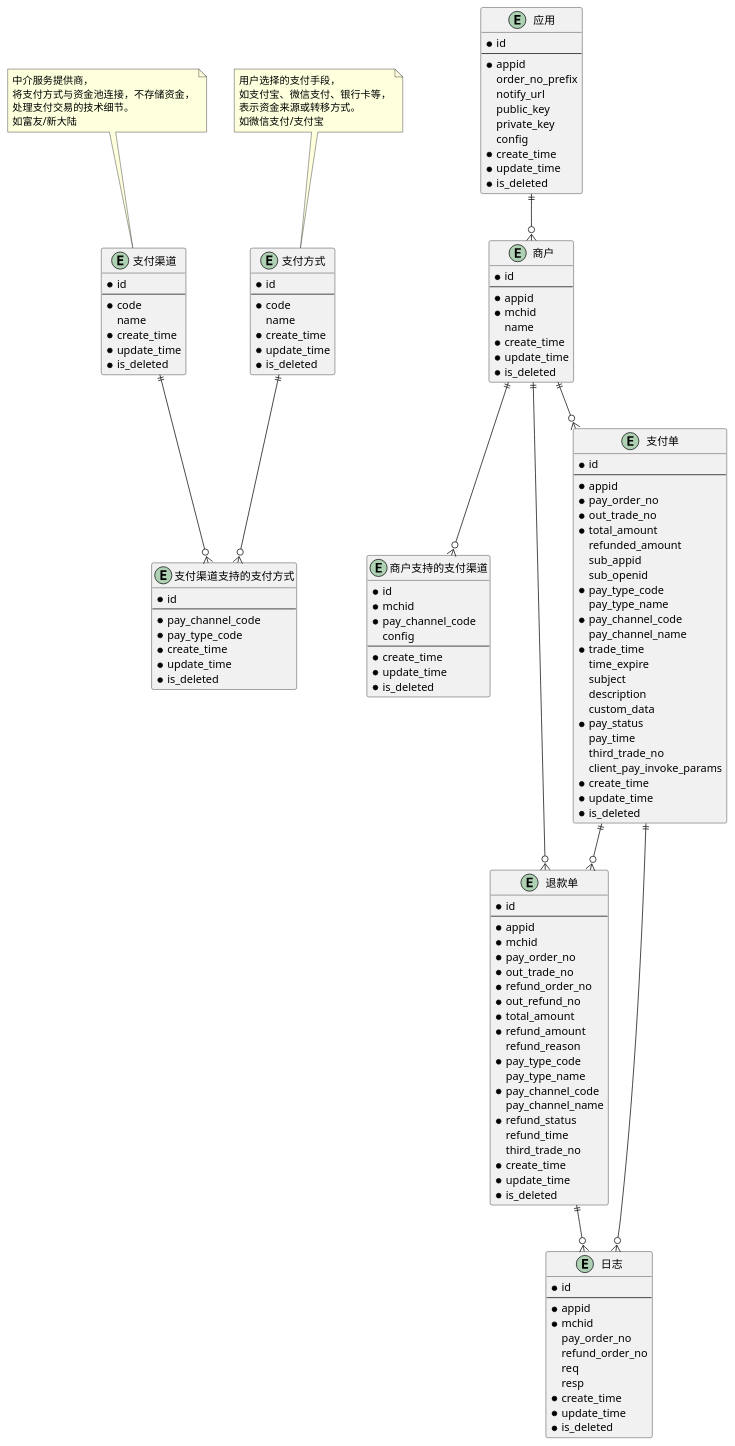
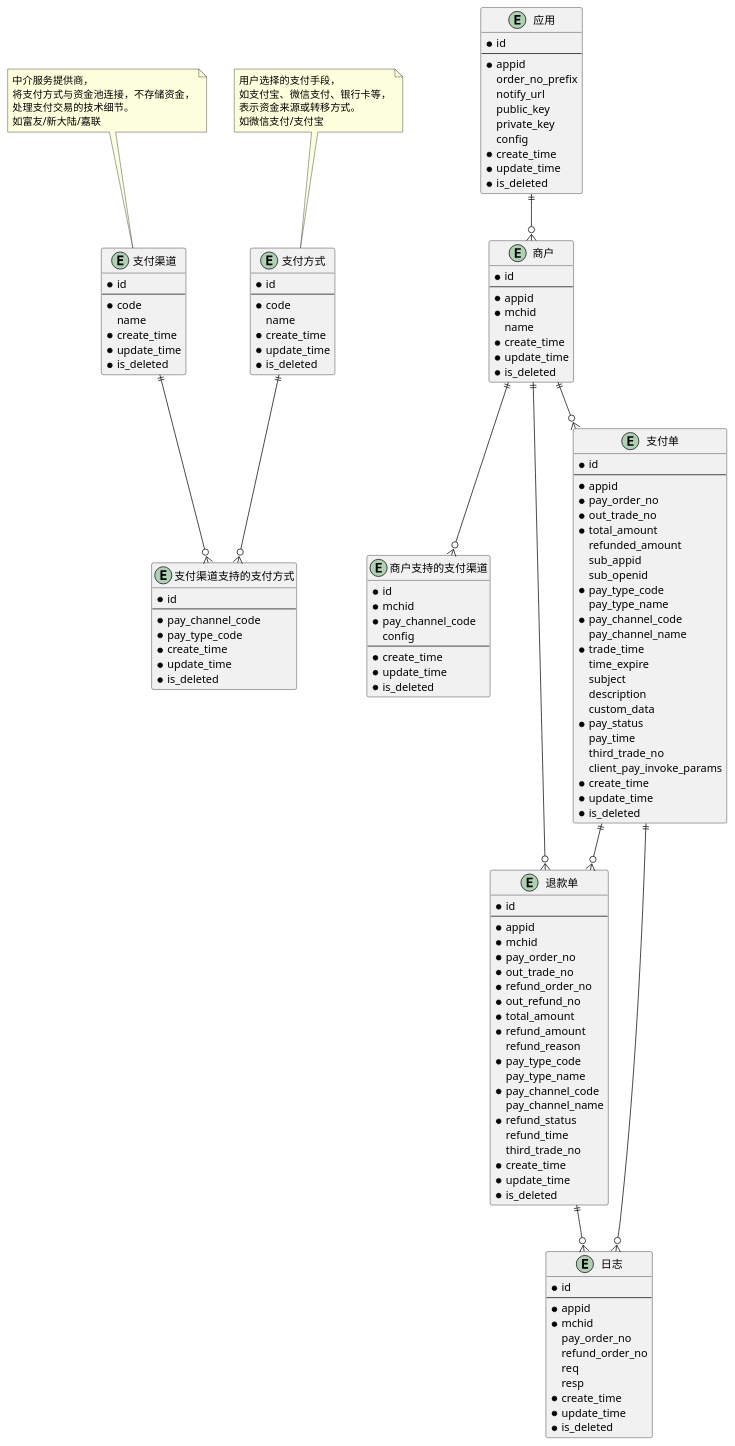
Before and after one commit to xuexingdong/x: the diagram in service/pay/docs/pay_er.puml, drawn with PlantUML. The commit also changed 124 other files, not shown here.

```diff
--- a/service/pay/docs/pay_er.puml
+++ b/service/pay/docs/pay_er.puml
@@ -1,159 +1,159 @@
 @startuml
 
 entity PayType as "支付方式" {
     * id
     --
     * code
     name
     * create_time
     * update_time
     * is_deleted
 }
 
 note top of PayType
     用户选择的支付手段，
     如支付宝、微信支付、银行卡等，
     表示资金来源或转移方式。
     如微信支付/支付宝
 end note
 
 entity PayChannel as "支付渠道" {
     * id
     --
     * code
     name
     * create_time
     * update_time
     * is_deleted
 }
 
 note top of PayChannel
     中介服务提供商，
     将支付方式与资金池连接，不存储资金，
     处理支付交易的技术细节。
-    如富友/新大陆
+    如富友/新大陆/嘉联
 end note
 
 entity PayChannelPayType as "支付渠道支持的支付方式" {
     * id
     --
     * pay_channel_code
     * pay_type_code
     * create_time
     * update_time
     * is_deleted
 }
 
 entity App as "应用" {
     * id
     --
     * appid
     order_no_prefix
     notify_url
     public_key
     private_key
     config
     * create_time
     * update_time
     * is_deleted
 }
 
 entity Merchant as "商户" {
     * id
     --
     * appid
     * mchid
     name
     * create_time
     * update_time
     * is_deleted
 }
 
 entity MerchantPayChannel as "商户支持的支付渠道" {
     * id
     * mchid
     * pay_channel_code
     config
     --
     * create_time
     * update_time
     * is_deleted
 }
 
 entity PayOrder as "支付单" {
     * id
     --
     * appid
     * pay_order_no
     * out_trade_no
     * total_amount
     refunded_amount
     sub_appid
     sub_openid
     * pay_type_code
     pay_type_name
     * pay_channel_code
     pay_channel_name
     * trade_time
     time_expire
     subject
     description
     custom_data
     * pay_status
     pay_time
     third_trade_no
     client_pay_invoke_params
     * create_time
     * update_time
     * is_deleted
 }
 
 entity RefundOrder as "退款单" {
     * id
     --
     * appid
     * mchid
     * pay_order_no
     * out_trade_no
     * refund_order_no
     * out_refund_no
     * total_amount
     * refund_amount
     refund_reason
     * pay_type_code
     pay_type_name
     * pay_channel_code
     pay_channel_name
     * refund_status
     refund_time
     third_trade_no
     * create_time
     * update_time
     * is_deleted
 }
 
 entity OrderLog as "日志" {
     * id
     --
     * appid
     * mchid
     pay_order_no
     refund_order_no
     req
     resp
     * create_time
     * update_time
     * is_deleted
 }
 
 PayType ||--o{ PayChannelPayType
 PayChannel ||--o{ PayChannelPayType
 App ||--o{ Merchant
 Merchant ||--o{ MerchantPayChannel
 Merchant ||--o{ PayOrder
 Merchant ||--o{ RefundOrder
 PayOrder ||--o{ RefundOrder
 PayOrder ||--o{ OrderLog
 RefundOrder ||--o{ OrderLog
 
 @enduml
```
